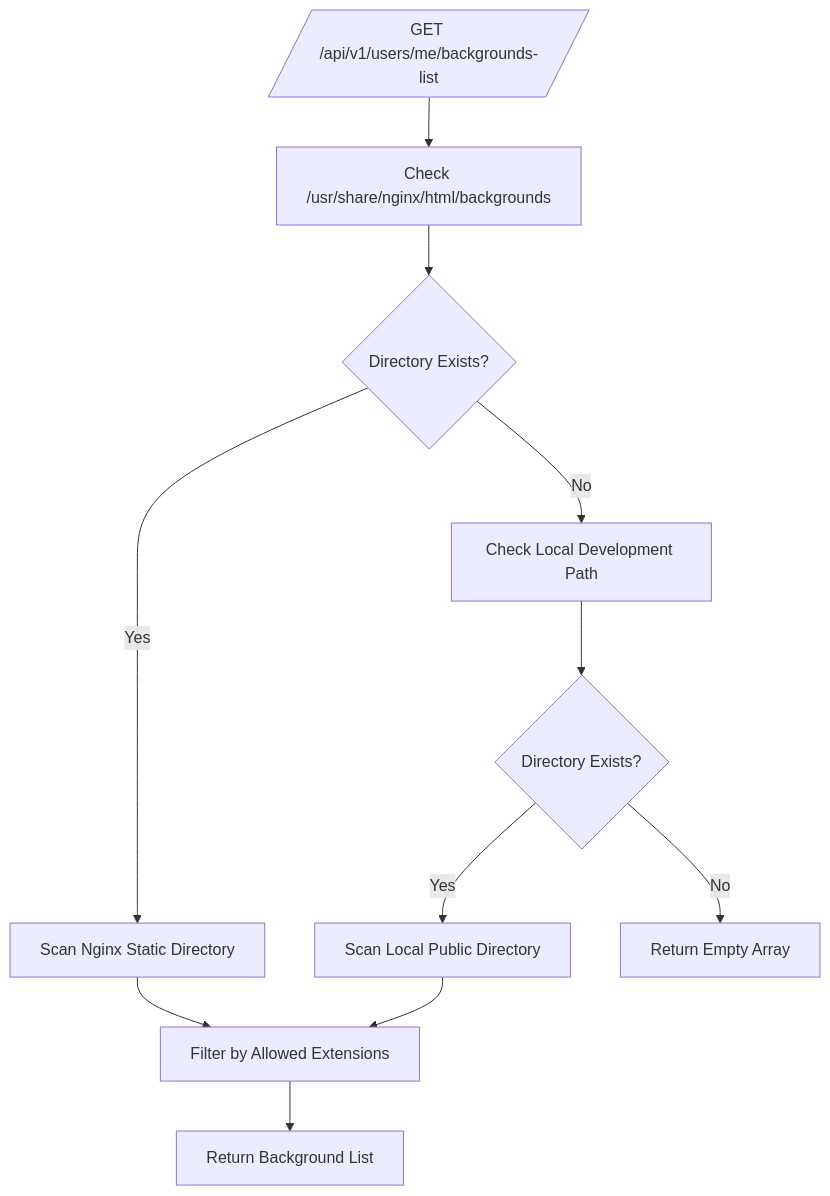
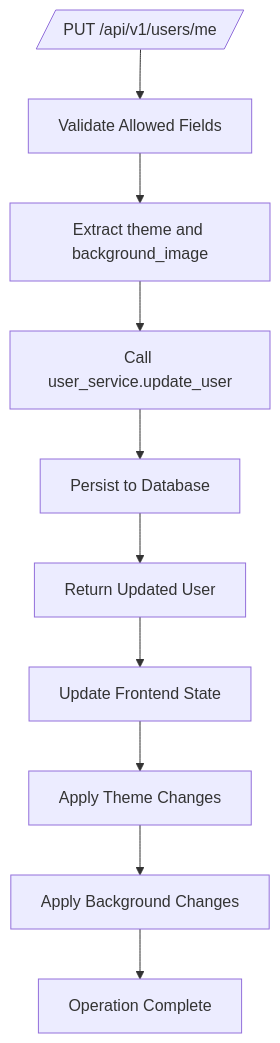
One commit to Nikita5543/New-SSO-02 changed the seventh of 13 diagrams in .qoder/repowiki/en/content/Per-User Background Image System.md. Above: the diagram before and after it, drawn with Mermaid. The commit also changed other lines of this file and 3 other files, not shown here.

First line of the commit message:
feat(user): add unified profile update with theme and background support

````diff
--- a/.qoder/repowiki/en/content/Per-User Background Image System.md
+++ b/.qoder/repowiki/en/content/Per-User Background Image System.md
@@ -320,13 +337,12 @@
 ```mermaid
 flowchart TD
-Request[/GET /api/v1/users/me/backgrounds-list/] --> CheckNginx["Check /usr/share/nginx/html/backgrounds"]
-CheckNginx --> NginxExists{"Directory Exists?"}
-NginxExists --> |Yes| ScanNginx["Scan Nginx Static Directory"]
-NginxExists --> |No| CheckLocal["Check Local Development Path"]
-CheckLocal --> LocalExists{"Directory Exists?"}
-LocalExists --> |Yes| ScanLocal["Scan Local Public Directory"]
-LocalExists --> |No| ReturnEmpty["Return Empty Array"]
-ScanNginx --> FilterFiles["Filter by Allowed Extensions"]
-ScanLocal --> FilterFiles
-FilterFiles --> ReturnList["Return Background List"]
+Request[/PUT /api/v1/users/me/] --> ValidateFields["Validate Allowed Fields"]
+ValidateFields --> ExtractData["Extract theme and background_image"]
+ExtractData --> UpdateUser["Call user_service.update_user"]
+UpdateUser --> PersistDB["Persist to Database"]
+PersistDB --> ReturnUser["Return Updated User"]
+ReturnUser --> UpdateFrontend["Update Frontend State"]
+UpdateFrontend --> ApplyTheme["Apply Theme Changes"]
+ApplyTheme --> ApplyBackground["Apply Background Changes"]
+ApplyBackground --> Complete["Operation Complete"]
 ```
````
